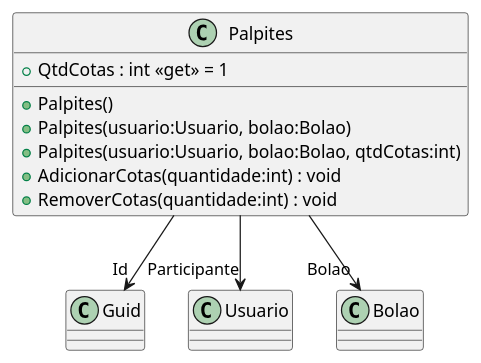
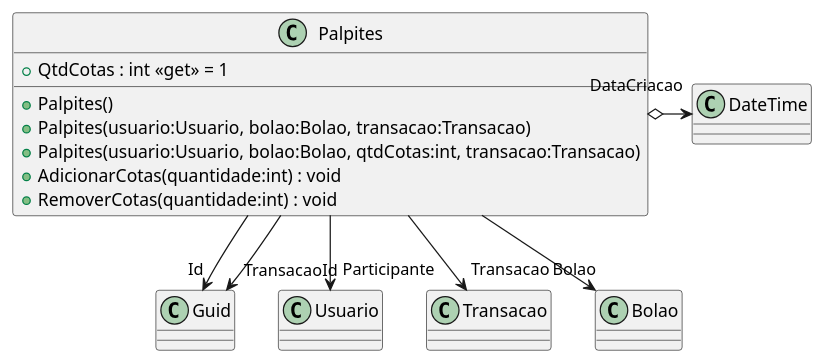
One commit to JoaoVitorJJV/bolaio-backend changed the diagram in Bolao/Domain/Diagramas/Palpites.puml. Above: the diagram before and after it, drawn with PlantUML. The commit also changed 43 other files, not shown here.

```diff
--- a/Bolao/Domain/Diagramas/Palpites.puml
+++ b/Bolao/Domain/Diagramas/Palpites.puml
@@ -1,13 +1,16 @@
 @startuml
 class Palpites {
     + QtdCotas : int <<get>> = 1
     + Palpites()
-    + Palpites(usuario:Usuario, bolao:Bolao)
-    + Palpites(usuario:Usuario, bolao:Bolao, qtdCotas:int)
+    + Palpites(usuario:Usuario, bolao:Bolao, transacao:Transacao)
+    + Palpites(usuario:Usuario, bolao:Bolao, qtdCotas:int, transacao:Transacao)
     + AdicionarCotas(quantidade:int) : void
     + RemoverCotas(quantidade:int) : void
 }
 Palpites --> "Id" Guid
 Palpites --> "Participante" Usuario
+Palpites --> "TransacaoId" Guid
+Palpites --> "Transacao" Transacao
 Palpites --> "Bolao" Bolao
+Palpites o-> "DataCriacao" DateTime
 @enduml
```
